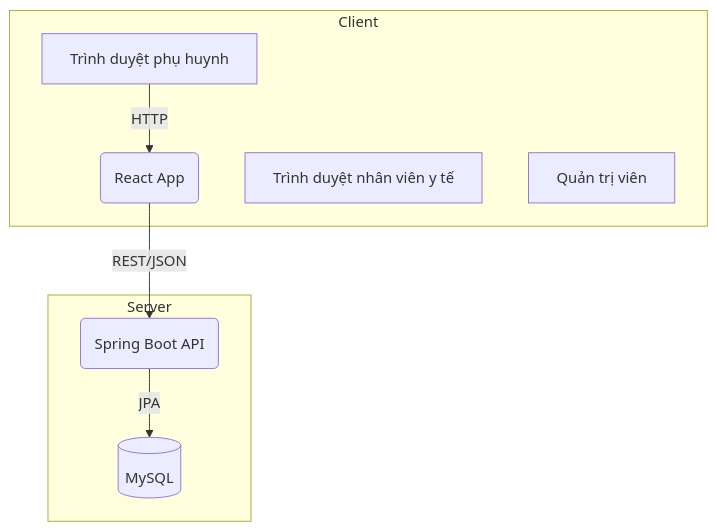
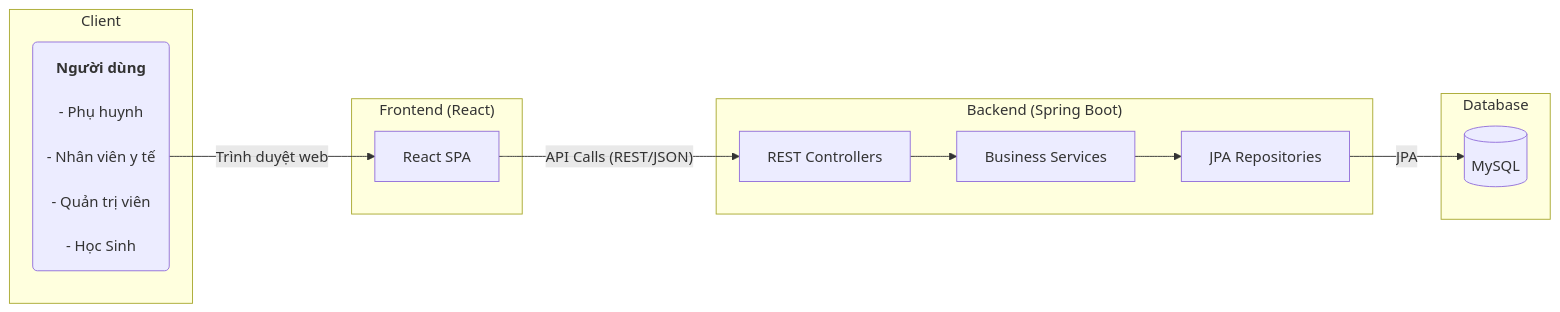
Before and after one commit to LeMinhSang2k5/Project-Java: the first of 4 diagrams in README.md, drawn with Mermaid. The commit also changed other lines of this file, not shown here.

````diff
--- a/README.md
+++ b/README.md
@@ -11,13 +12,29 @@
 ```mermaid
-flowchart TD
+graph LR
     subgraph Client
-        A[Trình duyệt phụ huynh] --HTTP--> FE(React App)
-        B[Trình duyệt nhân viên y tế]
-        C[Quản trị viên]
+        Users("
+            <b>Người dùng</b><br>
+            - Phụ huynh<br>
+            - Nhân viên y tế<br>
+            - Quản trị viên<br>
+            - Học Sinh
+        ")
     end
 
-    subgraph Server
-        FE --REST/JSON--> BE(Spring Boot API)
-        BE --JPA--> DB[(MySQL)]
+    subgraph "Frontend (React)"
+        WebApp[React SPA]
     end
+
+    subgraph "Backend (Spring Boot)"
+        Controllers[REST Controllers] --> Services[Business Services]
+        Services --> Repositories[JPA Repositories]
+    end
+
+    subgraph "Database"
+        DB[(MySQL)]
+    end
+
+    Users -- "Trình duyệt web" --> WebApp
+    WebApp -- "API Calls (REST/JSON)" --> Controllers
+    Repositories -- JPA --> DB
 ```
````
